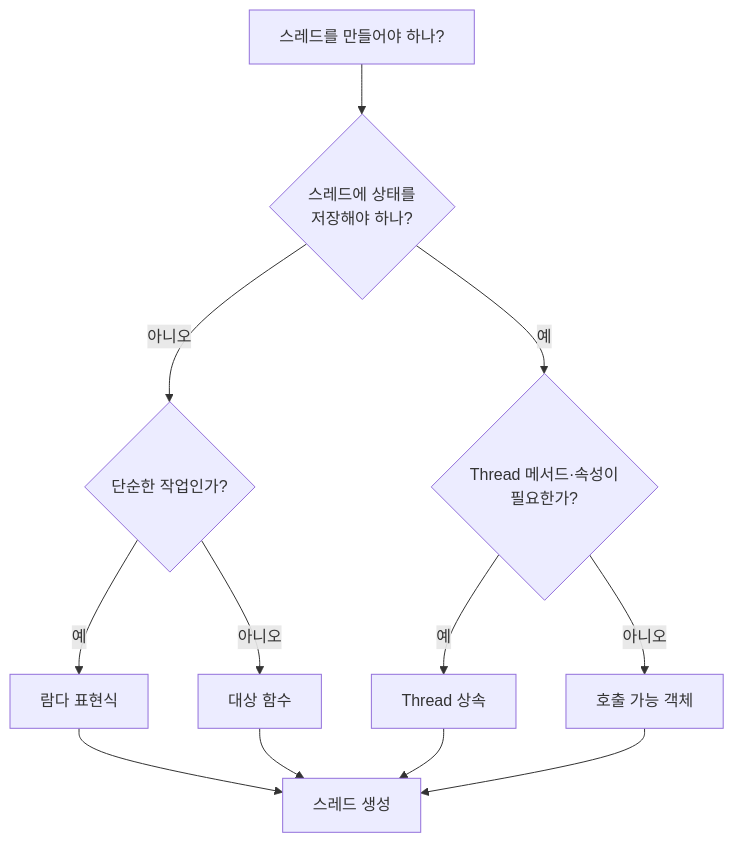
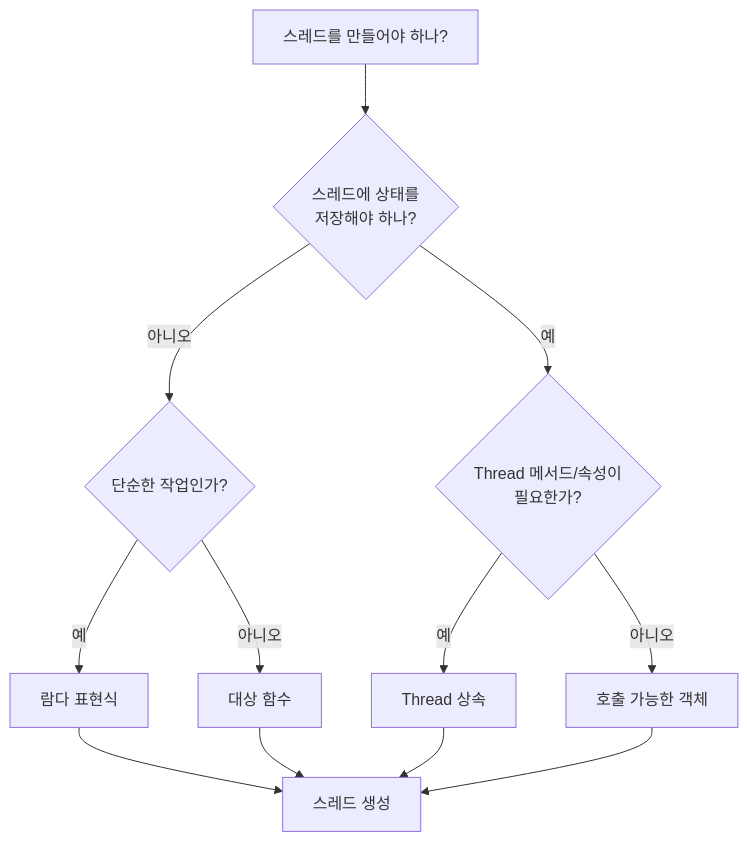
Before and after one commit to RJ-Stony/injoy: the second of 4 diagrams in src/content/posts/python-threading.md, drawn with Mermaid. The commit also changed other lines of this file and 1 other file, not shown here.

````diff
--- a/src/content/posts/python-threading.md
+++ b/src/content/posts/python-threading.md
@@ -170,14 +171,14 @@
 ```mermaid
 flowchart TD
     A[스레드를 만들어야 하나?] --> B{스레드에 상태를<br/>저장해야 하나?}
     B -->|아니오| C{단순한 작업인가?}
-    B -->|예| D{Thread 메서드·속성이<br/>필요한가?}
+    B -->|예| D{Thread 메서드/속성이<br/>필요한가?}
     C -->|예| E[람다 표현식]
     C -->|아니오| F[대상 함수]
     D -->|예| G[Thread 상속]
-    D -->|아니오| H[호출 가능 객체]
+    D -->|아니오| H[호출 가능한 객체]
     E --> Z[스레드 생성]
     F --> Z
     G --> Z
     H --> Z
 ```
````
